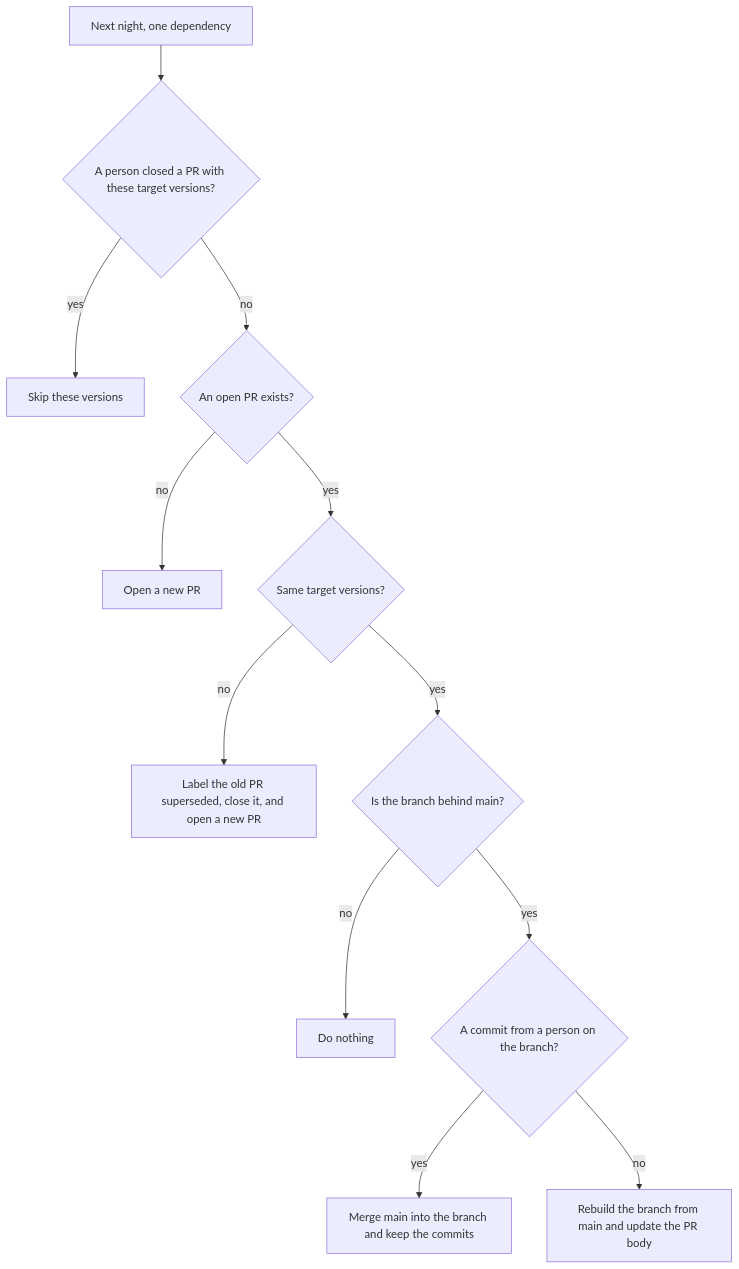
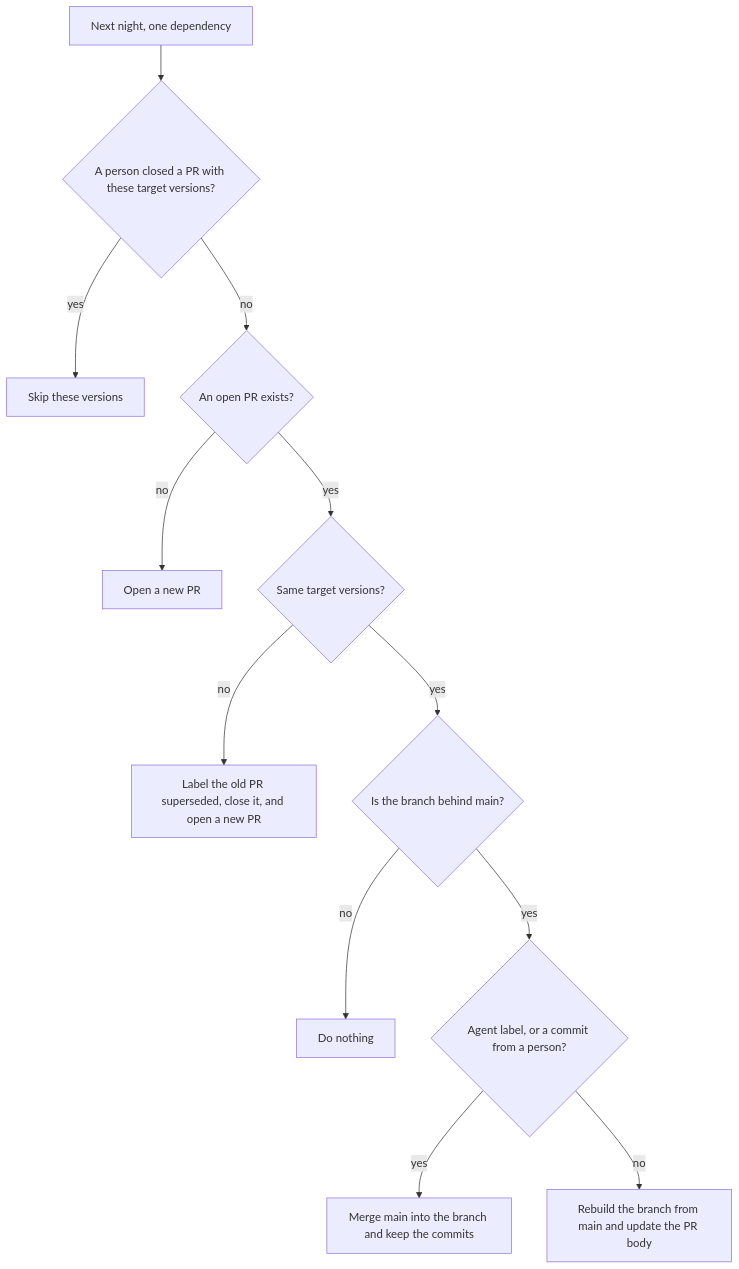
The third of 3 diagrams in docs/security/dependencies.md (Unique-AG/connectors), drawn with Mermaid before and after one commit. The commit also changed other lines of this file and 2 other files, not shown here.

Commit message:
docs(main): describe the Cursor agent automations, the agent labels, and the infra setup

````diff
--- a/docs/security/dependencies.md
+++ b/docs/security/dependencies.md
@@ -55,14 +86,14 @@
 ```mermaid
 flowchart TD
   night[Next night, one dependency] --> closed{"A person closed a PR with these target versions?"}
   closed -->|yes| skip[Skip these versions]
   closed -->|no| open{An open PR exists?}
   open -->|no| create[Open a new PR]
   open -->|yes| same{Same target versions?}
   same -->|no| replace[Label the old PR superseded, close it, and open a new PR]
   same -->|yes| behind{Is the branch behind main?}
   behind -->|no| keep[Do nothing]
-  behind -->|yes| touched{"A commit from a person on the branch?"}
+  behind -->|yes| touched{"Agent label, or a commit from a person?"}
   touched -->|yes| merge[Merge main into the branch and keep the commits]
   touched -->|no| rebuild[Rebuild the branch from main and update the PR body]
 ```
````
